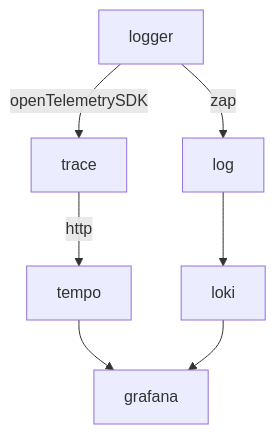
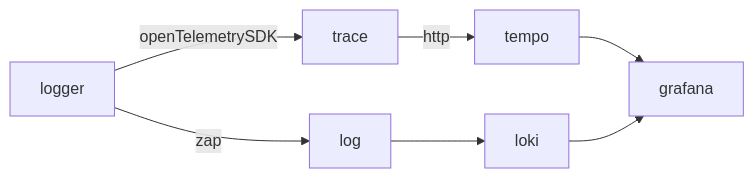
One commit to itmisx/logx changed the diagram in README.md. Above: the diagram before and after it, drawn with Mermaid.

````diff
--- a/README.md
+++ b/README.md
@@ -8,12 +8,12 @@
 ```mermaid
-flowchart TB
+flowchart LR
 logger -- openTelemetrySDK --> trace
 trace -- http --> tempo
 
 logger -- zap --> log 
 log-->loki
 
 tempo-->grafana
 loki-->grafana
 
 ```
````
